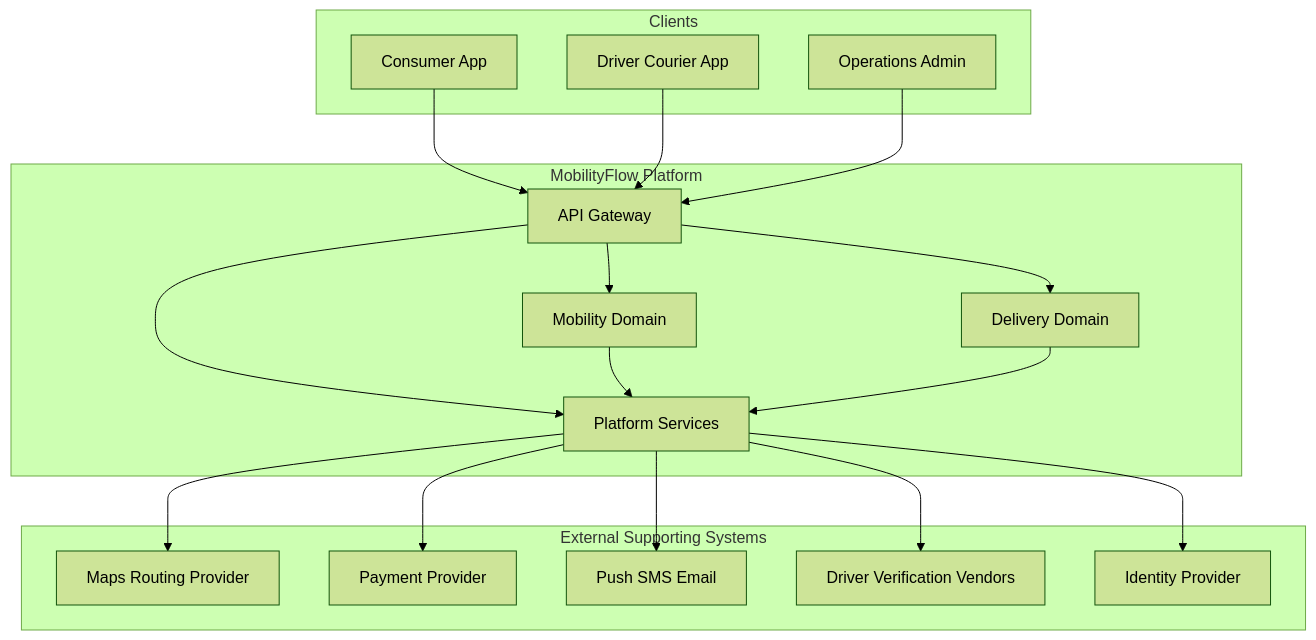
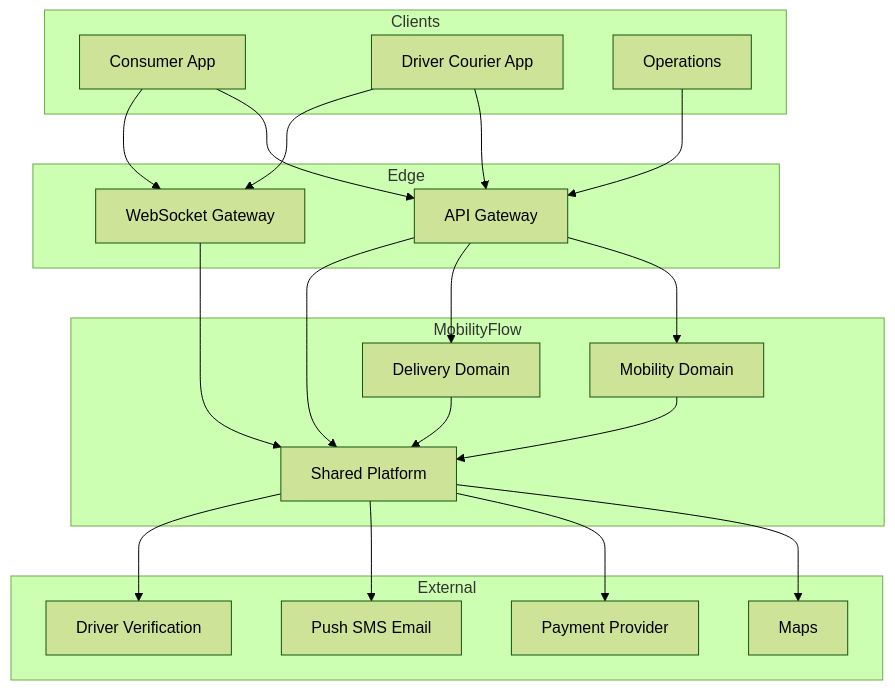
The second of 13 diagrams in case-studies/mobility-delivery-platform/README.md (mostafiz57/Software-Architecture-Playbook), drawn with Mermaid (forest theme) before and after one commit. The commit also changed other lines of this file, not shown here.

````diff
--- a/case-studies/mobility-delivery-platform/README.md
+++ b/case-studies/mobility-delivery-platform/README.md
@@ -222,37 +83,42 @@
 ```mermaid
 flowchart TB
   subgraph Clients
     CApp["Consumer App"]
-    SApp["Driver Courier App"]
-    Ops["Operations Admin"]
+    DApp["Driver Courier App"]
+    Ops["Operations"]
   end
 
-  subgraph PlatformBox["MobilityFlow Platform"]
-    GW["API Gateway"]
+  subgraph Edge["Edge"]
+    REST["API Gateway"]
+    WS["WebSocket Gateway"]
+  end
+
+  subgraph Core["MobilityFlow"]
     Mobility["Mobility Domain"]
     DeliveryDom["Delivery Domain"]
-    Shared["Platform Services"]
+    Shared["Shared Platform"]
   end
 
-  subgraph ExternalBox["External Supporting Systems"]
-    Maps["Maps Routing Provider"]
+  subgraph External["External"]
+    Maps["Maps"]
     Pay["Payment Provider"]
-    Notify["Push SMS Email"]
-    Verify["Driver Verification Vendors"]
-    IdP["Identity Provider"]
+    Push["Push SMS Email"]
+    Verify["Driver Verification"]
   end
 
-  CApp --> GW
-  SApp --> GW
-  Ops --> GW
-  GW --> Mobility
-  GW --> DeliveryDom
-  GW --> Shared
+  CApp --> REST
+  CApp --> WS
+  DApp --> REST
+  DApp --> WS
+  Ops --> REST
+  REST --> Mobility
+  REST --> DeliveryDom
+  REST --> Shared
+  WS --> Shared
   Mobility --> Shared
   DeliveryDom --> Shared
   Shared --> Maps
   Shared --> Pay
-  Shared --> Notify
+  Shared --> Push
   Shared --> Verify
-  Shared --> IdP
 ```
````
